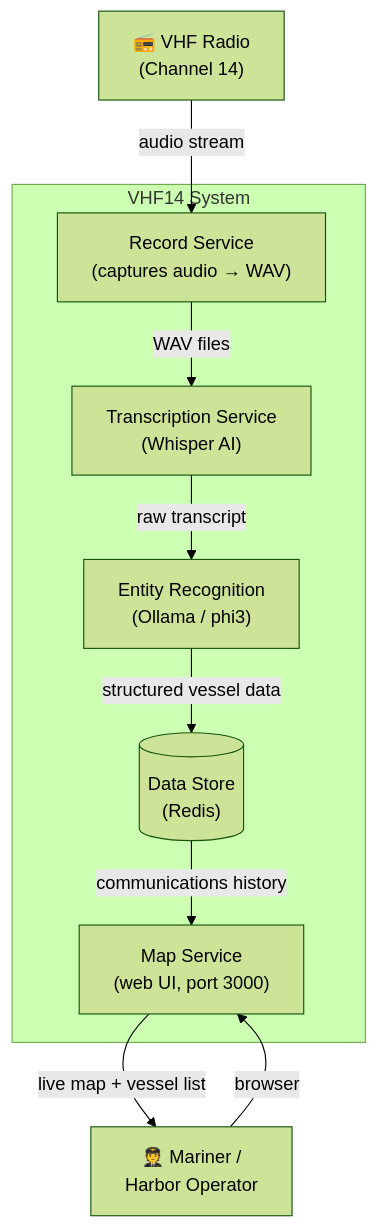
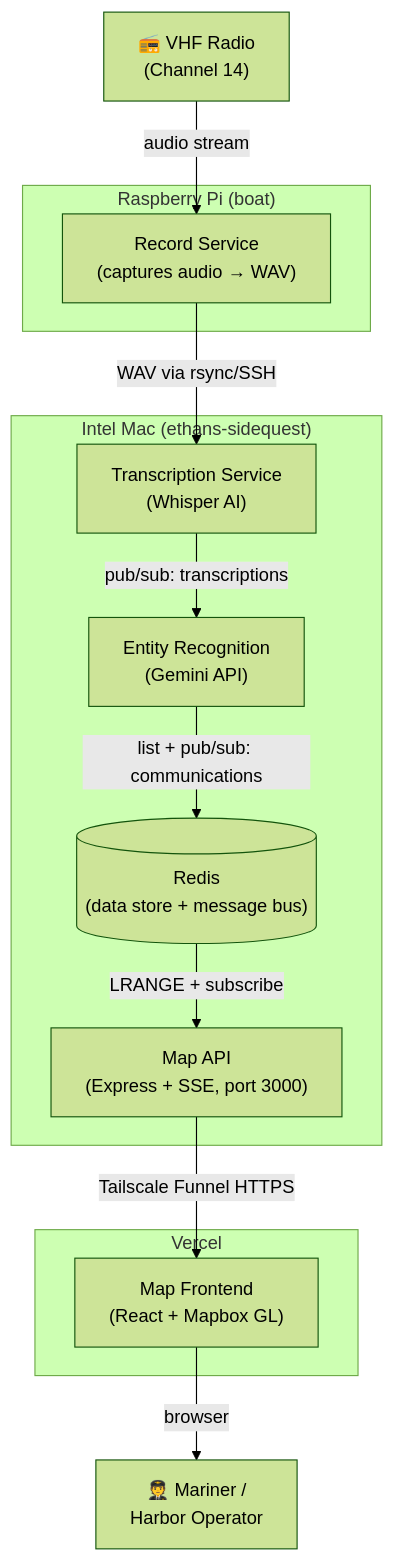
The diagram in README.md (EZ-Walk/elegant-gates), drawn with Mermaid (forest theme) before and after one commit. The commit also changed other lines of this file and 9 other files, not shown here.

First line of the commit message:
Distribute VHF14 across Pi, Mac, and Vercel

````diff
--- a/README.md
+++ b/README.md
@@ -27,21 +29,28 @@
 ```mermaid
 graph TB
     radio["📻 VHF Radio\n(Channel 14)"]
     user["🧑‍✈️ Mariner /\nHarbor Operator"]
 
-    subgraph vhf14["VHF14 System"]
+    subgraph pi["Raspberry Pi (boat)"]
         recorder["Record Service\n(captures audio → WAV)"]
+    end
+
+    subgraph mac["Intel Mac (ethans-sidequest)"]
         transcriber["Transcription Service\n(Whisper AI)"]
-        extractor["Entity Recognition\n(Ollama / phi3)"]
-        map["Map Service\n(web UI, port 3000)"]
-        db[("Data Store\n(Redis)")]
+        extractor["Entity Recognition\n(Gemini API)"]
+        api["Map API\n(Express + SSE, port 3000)"]
+        db[("Redis\n(data store + message bus)")]
+    end
+
+    subgraph vercel["Vercel"]
+        frontend["Map Frontend\n(React + Mapbox GL)"]
     end
 
     radio -->|audio stream| recorder
-    recorder -->|WAV files| transcriber
-    transcriber -->|raw transcript| extractor
-    extractor -->|structured vessel data| db
-    db -->|communications history| map
-    map -->|live map + vessel list| user
-    user -->|browser| map
+    recorder -->|WAV via rsync/SSH| transcriber
+    transcriber -->|pub/sub: transcriptions| extractor
+    extractor -->|list + pub/sub: communications| db
+    db -->|LRANGE + subscribe| api
+    api -->|Tailscale Funnel HTTPS| frontend
+    frontend -->|browser| user
 ```
````
